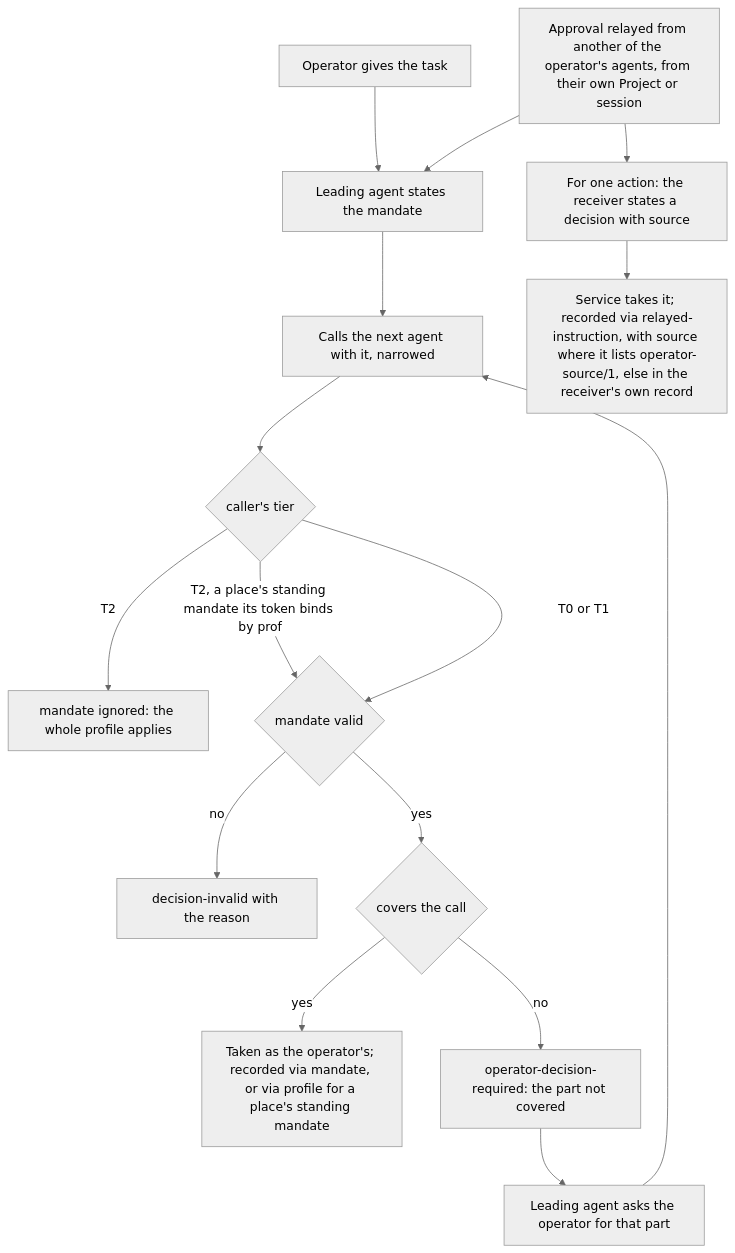
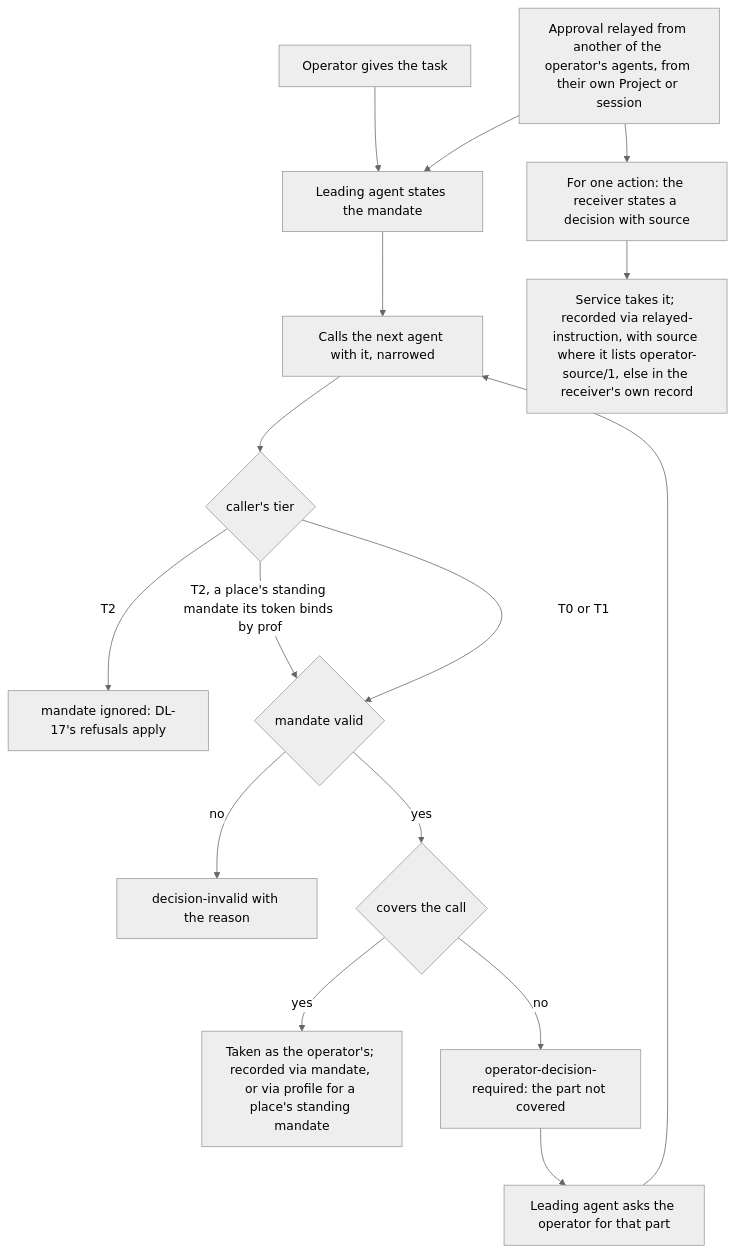
Diagram 31 of 34 in docs/ux/flows.md (passioncode-ai/fabric-agent-contract), drawn with Mermaid (neutral theme) before and after one commit. The commit also changed 13 other files, not shown here.

Commit message:
DEC-0166 round 3 folded: a profile carries its setter's level (standing.setLevel) and a callee declaring actionLevels refuses above it; the headless default names the estate's services; MD-3 and interop name the standing mandate; Fabric's board reader and forward owed

````diff
--- a/docs/ux/flows.md
+++ b/docs/ux/flows.md
@@ -818,18 +818,18 @@
 ```mermaid
 flowchart TD
   O[Operator gives the task] --> L[Leading agent states the mandate]
   R[Approval relayed from another of the operator's agents, from their own Project or session] --> L
   R --> D[For one action: the receiver states a decision with source]
   D --> S[Service takes it; recorded via relayed-instruction, with source where it lists operator-source/1, else in the receiver's own record]
   L --> C[Calls the next agent with it, narrowed]
   C --> T{caller's tier}
-  T -->|T2| X[mandate ignored: the whole profile applies]
+  T -->|T2| X[mandate ignored: DL-17's refusals apply]
   T -->|T2, a place's standing mandate its token binds by prof| V
   T -->|T0 or T1| V{mandate valid}
   V -->|no| I[decision-invalid with the reason]
   V -->|yes| K{covers the call}
   K -->|yes| A[Taken as the operator's; recorded via mandate, or via profile for a place's standing mandate]
   K -->|no| Q[operator-decision-required: the part not covered]
   Q --> P[Leading agent asks the operator for that part]
   P --> C
 ```
````
